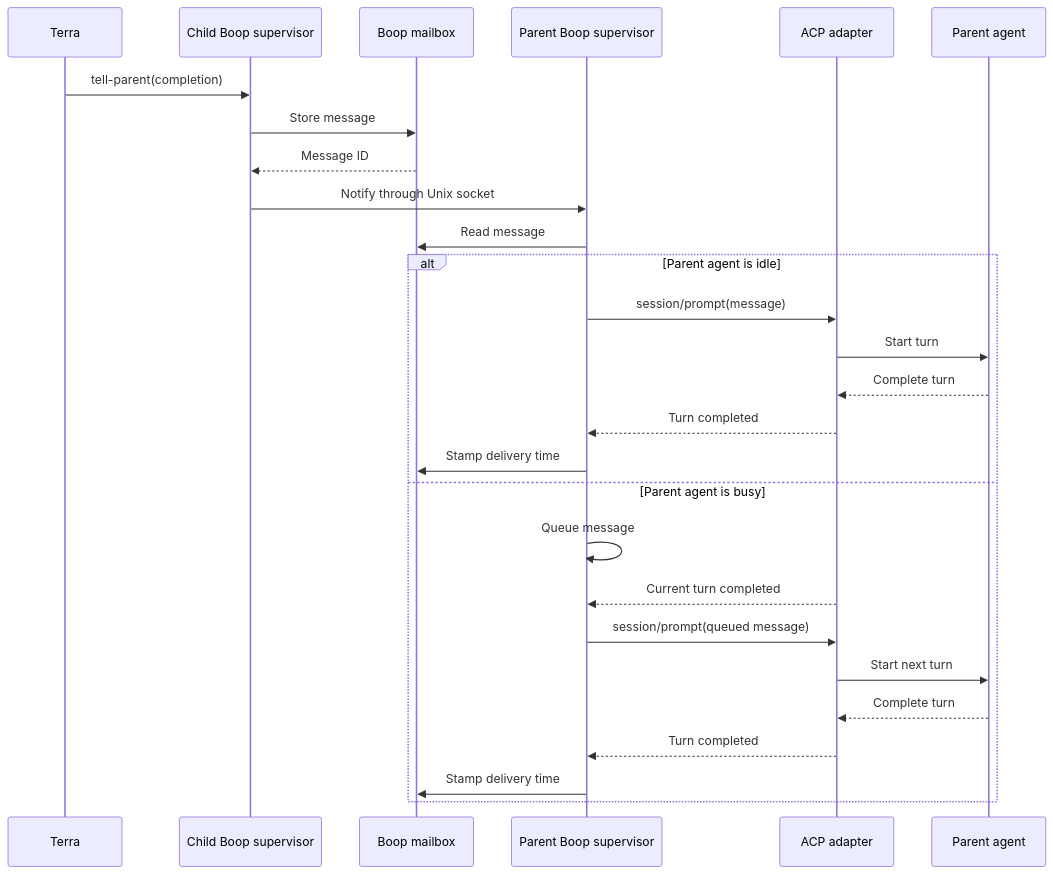
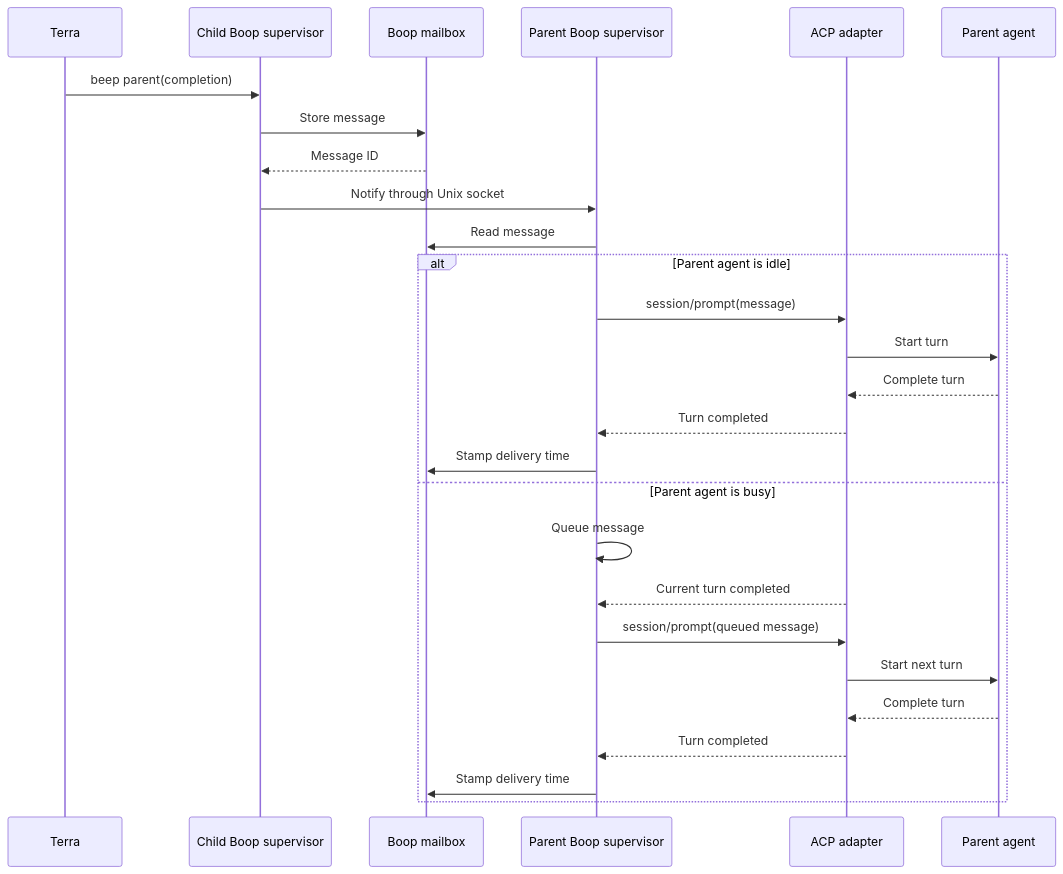
One commit to hafley66/hafley-rs changed the diagram in crates/boop/docs/tell.md. Above: the diagram before and after it, drawn with Mermaid. The commit also changed other lines of this file and 25 other files, not shown here.

````diff
--- a/crates/boop/docs/tell.md
+++ b/crates/boop/docs/tell.md
@@ -50,31 +56,31 @@
 ```mermaid
 sequenceDiagram
     participant Terra
     participant Child as Child Boop supervisor
     participant Bus as Boop mailbox
     participant Parent as Parent Boop supervisor
     participant ACP as ACP adapter
     participant Agent as Parent agent
 
-    Terra->>Child: tell-parent(completion)
+    Terra->>Child: beep parent(completion)
     Child->>Bus: Store message
     Bus-->>Child: Message ID
     Child->>Parent: Notify through Unix socket
     Parent->>Bus: Read message
 
     alt Parent agent is idle
         Parent->>ACP: session/prompt(message)
         ACP->>Agent: Start turn
         Agent-->>ACP: Complete turn
         ACP-->>Parent: Turn completed
         Parent->>Bus: Stamp delivery time
     else Parent agent is busy
         Parent->>Parent: Queue message
         ACP-->>Parent: Current turn completed
         Parent->>ACP: session/prompt(queued message)
         ACP->>Agent: Start next turn
         Agent-->>ACP: Complete turn
         ACP-->>Parent: Turn completed
         Parent->>Bus: Stamp delivery time
     end
 ```
````
